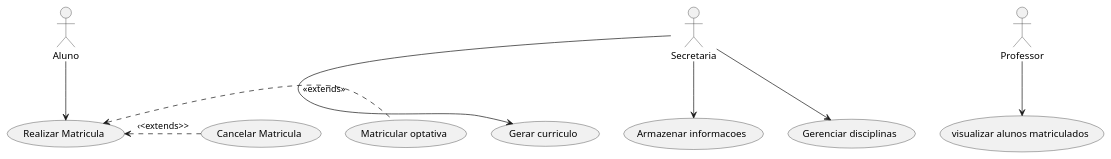
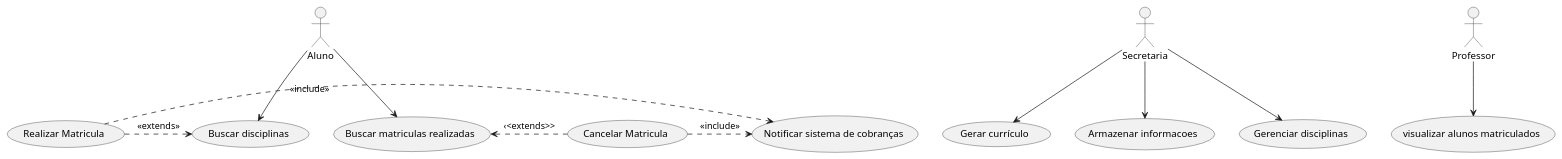
The diagram in project/code/CasoDeUso.puml (pedrofr1313/Laboratorio-Projeto-de-Software), drawn with PlantUML before and after one commit. The commit also changed 2 other files, not shown here.

```diff
--- a/project/code/CasoDeUso.puml
+++ b/project/code/CasoDeUso.puml
@@ -1,12 +1,15 @@
 @startuml
 "Secretaria" as S
 "Aluno" as A
 "Professor" as P
-S --> (Gerar curriculo)
+S --> (Gerar currículo)
 S --> (Armazenar informacoes)
 S --> (Gerenciar disciplinas)
-A --> (Realizar Matricula)
-(Realizar Matricula)<. (Matricular optativa) : <<extends>>
-(Realizar Matricula)<. (Cancelar Matricula): ‹<extends>>
+A --> (Buscar disciplinas)
+A --> (Buscar matriculas realizadas)
+(Realizar Matricula) .> (Buscar disciplinas) : <<extends>>
+(Buscar matriculas realizadas)<. (Cancelar Matricula): ‹<extends>>
+(Realizar Matricula) .> (Notificar sistema de cobranças): <<include>>
+(Cancelar Matricula) .>(Notificar sistema de cobranças): <<include>>
 P -->(visualizar alunos matriculados)
 @enduml
```
